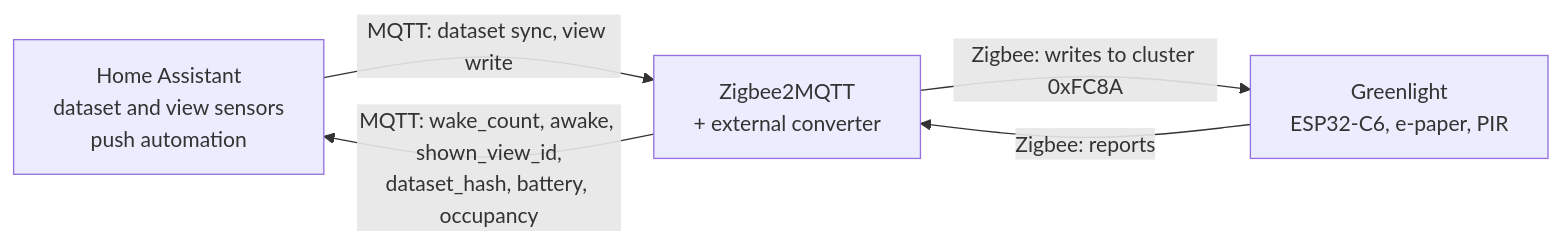
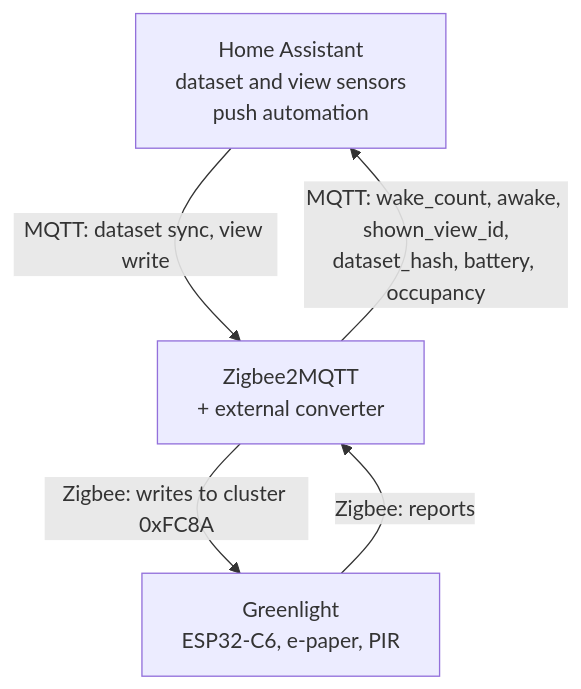
Before and after one commit to vgabor99/greenlight: the first of 2 diagrams in docs/architecture.md, drawn with Mermaid.

Commit message:
Make the system overview diagram readable on GitHub

````diff
--- a/docs/architecture.md
+++ b/docs/architecture.md
@@ -50,10 +50,10 @@
 ```mermaid
-flowchart LR
+flowchart TB
     HA["Home Assistant<br/>dataset and view sensors<br/>push automation"]
     Z2M["Zigbee2MQTT<br/>+ external converter"]
     DEV["Greenlight<br/>ESP32-C6, e-paper, PIR"]
     HA -- "MQTT: dataset sync, view write" --> Z2M
+    Z2M -- "MQTT: wake_count, awake, shown_view_id,<br/>dataset_hash, battery, occupancy" --> HA
     Z2M -- "Zigbee: writes to cluster 0xFC8A" --> DEV
     DEV -- "Zigbee: reports" --> Z2M
-    Z2M -- "MQTT: wake_count, awake, shown_view_id,<br/>dataset_hash, battery, occupancy" --> HA
 ```
````
